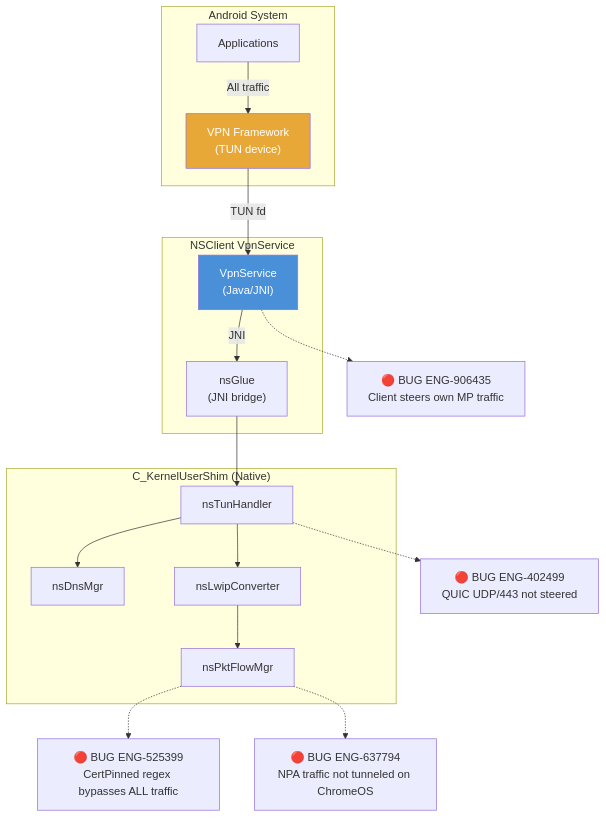
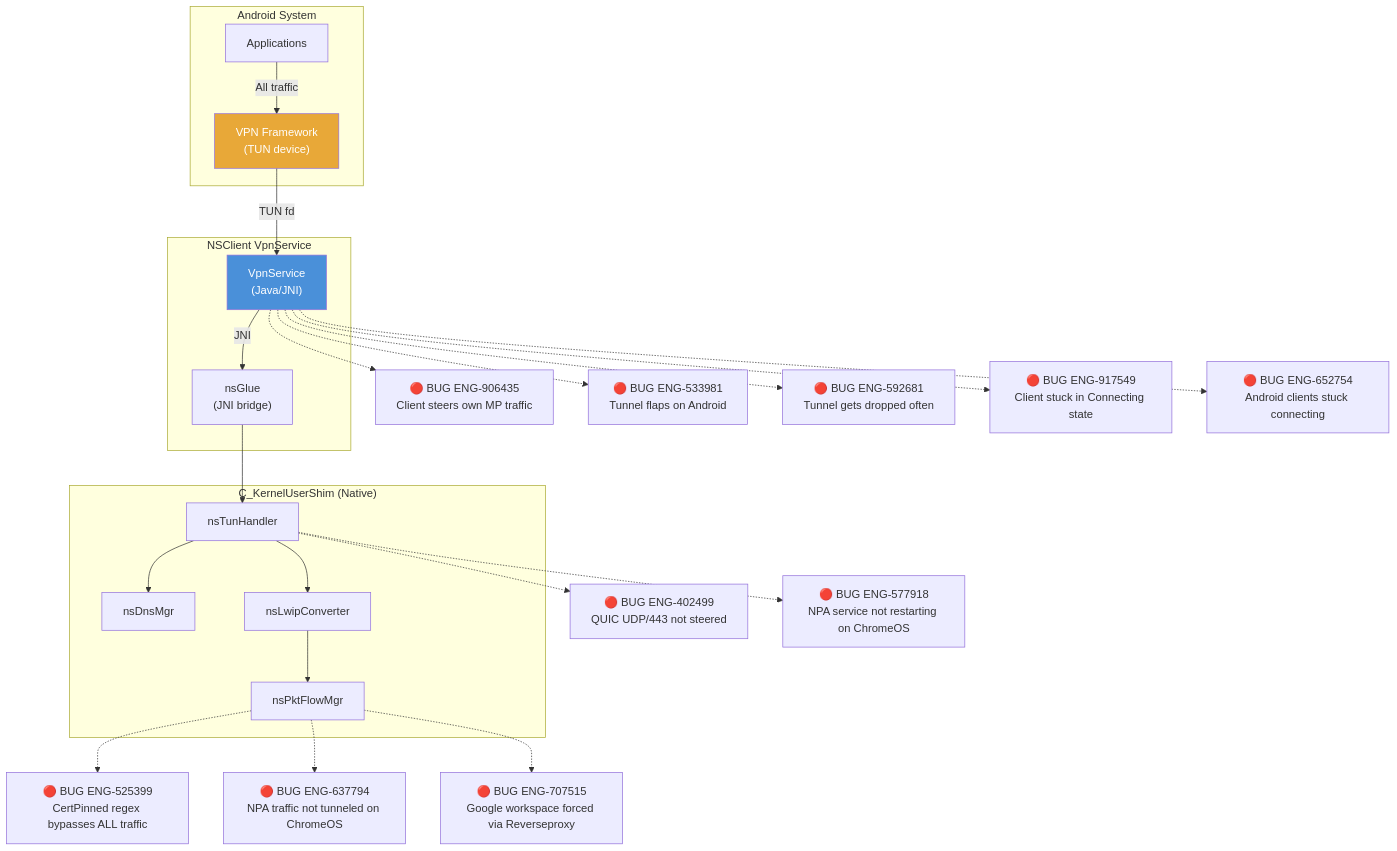
Before and after one commit to ns-klin/endpoint_system_test_plan: diagram 11 of 14 in chapters/09_traffic_steering.md, drawn with Mermaid. The commit also changed other lines of this file and 26 other files, not shown here.

First line of the commit message:
Add 87 bugs from Excel enrichment and integrate into mermaid diagrams

````diff
--- a/chapters/09_traffic_steering.md
+++ b/chapters/09_traffic_steering.md
@@ -902,35 +918,41 @@
 ```mermaid
 flowchart TB
     subgraph "Android System"
         APPS[Applications]
         VPN_FW["VPN Framework<br/>(TUN device)"]
     end
 
     subgraph "NSClient VpnService"
         VPN_SVC["VpnService<br/>(Java/JNI)"]
         GLUE["nsGlue<br/>(JNI bridge)"]
     end
 
     subgraph "C_KernelUserShim (Native)"
         TUN_R["nsTunHandler"]
         DNS["nsDnsMgr"]
         LWIP["nsLwipConverter"]
         PKT_FLOW["nsPktFlowMgr"]
     end
 
     APPS -->|All traffic| VPN_FW
     VPN_FW -->|TUN fd| VPN_SVC
     VPN_SVC -->|JNI| GLUE
     GLUE --> TUN_R
     TUN_R --> DNS
     TUN_R --> LWIP
     LWIP --> PKT_FLOW
 
     PKT_FLOW -.-> BUG_525399["🔴 BUG ENG-525399<br/>CertPinned regex bypasses ALL traffic"]
     PKT_FLOW -.-> BUG_637794["🔴 BUG ENG-637794<br/>NPA traffic not tunneled on ChromeOS"]
     VPN_SVC -.-> BUG_906435["🔴 BUG ENG-906435<br/>Client steers own MP traffic"]
     TUN_R -.-> BUG_402499["🔴 BUG ENG-402499<br/>QUIC UDP/443 not steered"]
+    VPN_SVC -.-> BUG_533981["🔴 BUG ENG-533981<br/>Tunnel flaps on Android"]
+    VPN_SVC -.-> BUG_592681["🔴 BUG ENG-592681<br/>Tunnel gets dropped often"]
+    VPN_SVC -.-> BUG_917549["🔴 BUG ENG-917549<br/>Client stuck in Connecting state"]
+    VPN_SVC -.-> BUG_652754["🔴 BUG ENG-652754<br/>Android clients stuck connecting"]
+    TUN_R -.-> BUG_577918["🔴 BUG ENG-577918<br/>NPA service not restarting on ChromeOS"]
+    PKT_FLOW -.-> BUG_707515["🔴 BUG ENG-707515<br/>Google workspace forced via Reverseproxy"]
 
     style VPN_FW fill:#E8A838,color:#fff
     style VPN_SVC fill:#4A90D9,color:#fff
 ```
````
